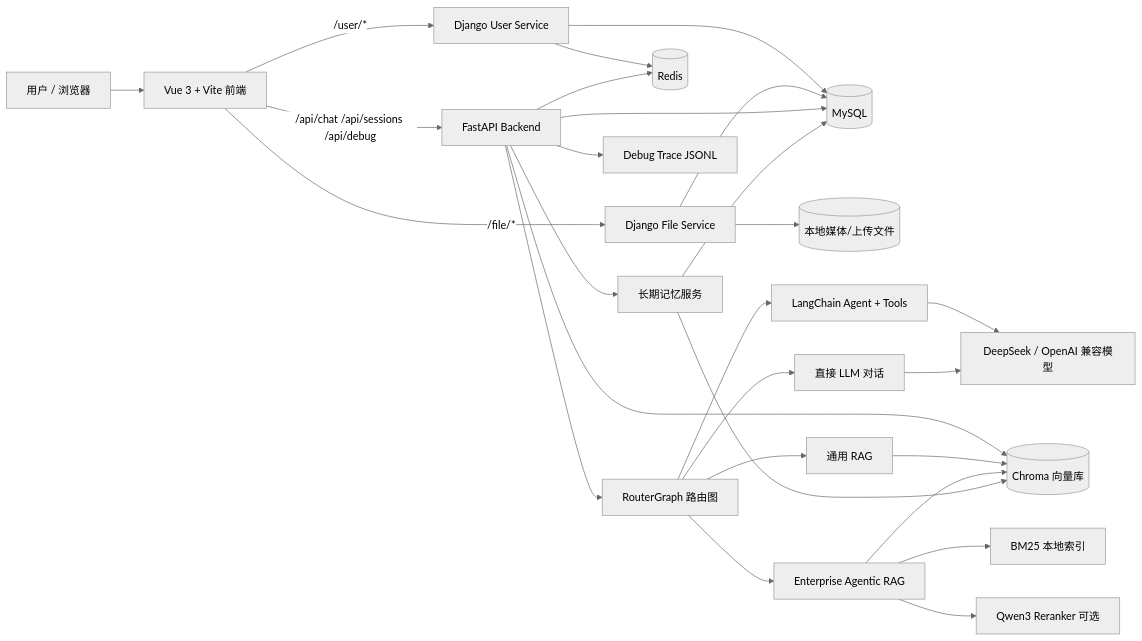
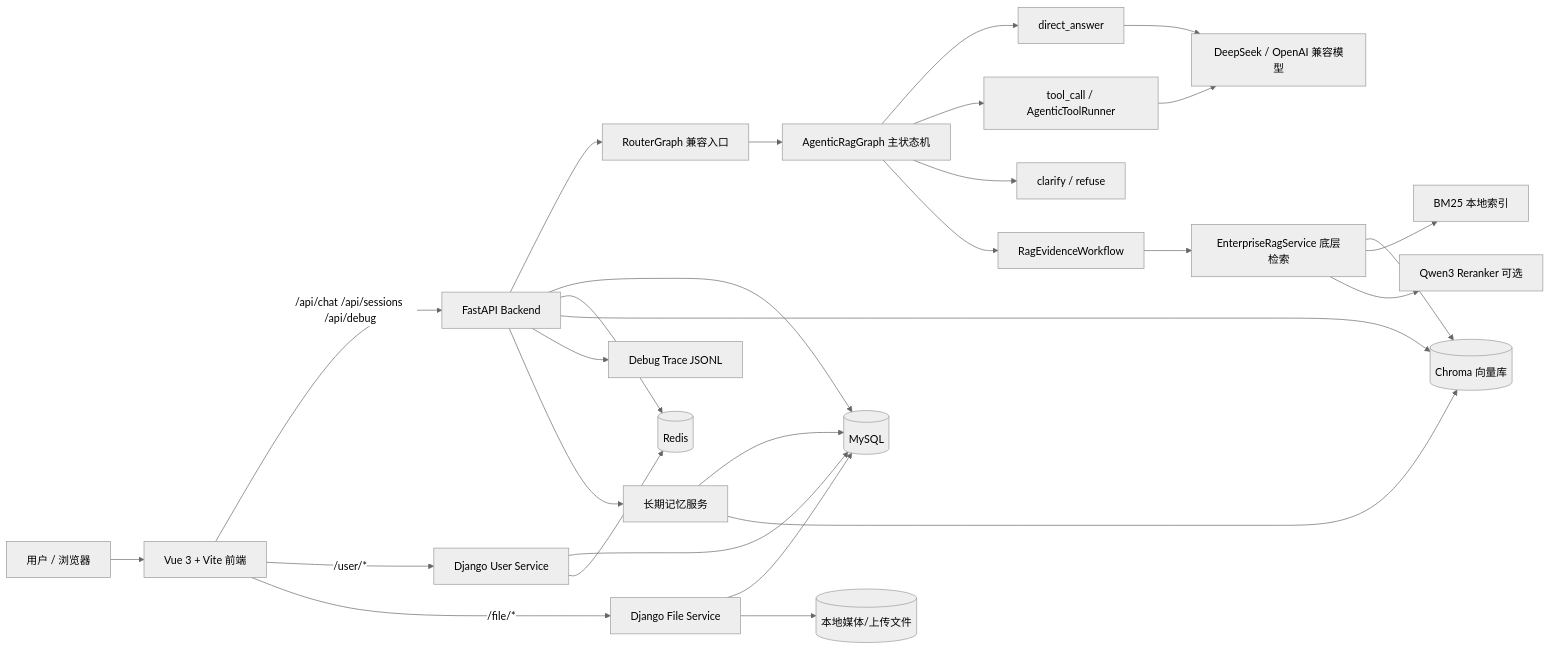
Before and after one commit to Aria-doufan/NexusKB-: the first of 15 diagrams in docs/project_guide/NEXUSKB_PROJECT_FLOWCHARTS.md, drawn with Mermaid (neutral theme). The commit also changed other lines of this file and 13 other files, not shown here.

Commit message:
Document Agentic RAG mainline ownership

````diff
--- a/docs/project_guide/NEXUSKB_PROJECT_FLOWCHARTS.md
+++ b/docs/project_guide/NEXUSKB_PROJECT_FLOWCHARTS.md
@@ -7,35 +7,36 @@
 ```mermaid
 flowchart LR
     User[用户 / 浏览器] --> Frontend[Vue 3 + Vite 前端]
 
     Frontend -->|/api/chat /api/sessions /api/debug| FastAPI[FastAPI Backend]
     Frontend -->|/user/*| DjangoUser[Django User Service]
     Frontend -->|/file/*| DjangoFile[Django File Service]
 
     DjangoUser --> MySQL[(MySQL)]
     DjangoUser --> Redis[(Redis)]
     DjangoFile --> MySQL
     DjangoFile --> Media[(本地媒体/上传文件)]
 
-    FastAPI --> RouterGraph[RouterGraph 路由图]
+    FastAPI --> RouterGraph[RouterGraph 兼容入口]
     FastAPI --> MySQL
     FastAPI --> Redis
     FastAPI --> Chroma[(Chroma 向量库)]
 
-    RouterGraph --> GeneralAgent[LangChain Agent + Tools]
-    RouterGraph --> LegacyRAG[通用 RAG]
-    RouterGraph --> EnterpriseRAG[Enterprise Agentic RAG]
-    RouterGraph --> DirectChat[直接 LLM 对话]
+    RouterGraph --> AgenticGraph[AgenticRagGraph 主状态机]
+    AgenticGraph --> DirectChat[direct_answer]
+    AgenticGraph --> ToolCall[tool_call / AgenticToolRunner]
+    AgenticGraph --> Safety[clarify / refuse]
+    AgenticGraph --> EvidenceWorkflow[RagEvidenceWorkflow]
 
-    GeneralAgent --> DeepSeek[DeepSeek / OpenAI 兼容模型]
-    DirectChat --> DeepSeek
-    LegacyRAG --> Chroma
+    DirectChat --> DeepSeek[DeepSeek / OpenAI 兼容模型]
+    ToolCall --> DeepSeek
+    EvidenceWorkflow --> EnterpriseRAG[EnterpriseRagService 底层检索]
     EnterpriseRAG --> Chroma
     EnterpriseRAG --> BM25[BM25 本地索引]
     EnterpriseRAG --> Reranker[Qwen3 Reranker 可选]
 
     FastAPI --> TraceStore[Debug Trace JSONL]
     FastAPI --> MemorySvc[长期记忆服务]
     MemorySvc --> MySQL
     MemorySvc --> Chroma
 ```
````
